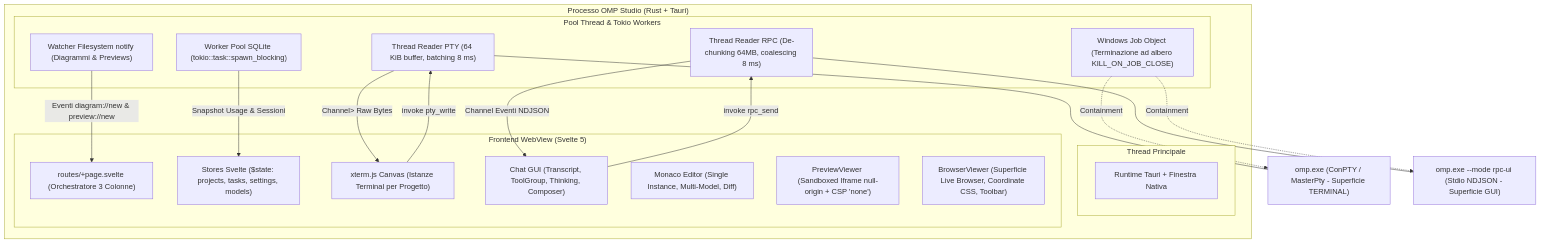
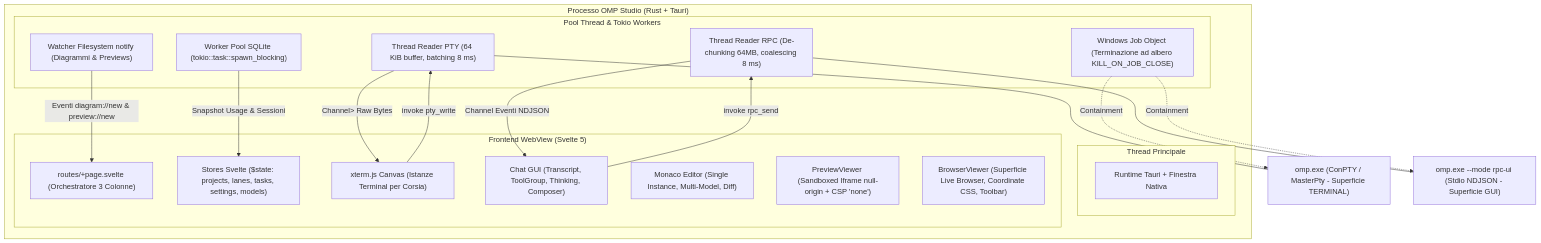
Before and after one commit to Bodyes26/OMP-Studio: the first of 2 diagrams in docs/ARCHITECTURE.md, drawn with Mermaid. The commit also changed other lines of this file and 89 other files, not shown here.

````diff
--- a/docs/ARCHITECTURE.md
+++ b/docs/ARCHITECTURE.md
@@ -43,40 +43,40 @@
 ```mermaid
 graph TB
   subgraph Processo["Processo OMP Studio (Rust + Tauri)"]
     subgraph Main["Thread Principale"]
       TAURI["Runtime Tauri + Finestra Nativa"]
     end
     subgraph Pool["Pool Thread & Tokio Workers"]
       PTY_RD["Thread Reader PTY (64 KiB buffer, batching 8 ms)"]
       RPC_RD["Thread Reader RPC (De-chunking 64MB, coalescing 8 ms)"]
       SQL_POOL["Worker Pool SQLite (tokio::task::spawn_blocking)"]
       FS_WATCH["Watcher Filesystem notify (Diagrammi & Previews)"]
       JOB_WIN["Windows Job Object (Terminazione ad albero KILL_ON_JOB_CLOSE)"]
     end
     subgraph WV["Frontend WebView (Svelte 5)"]
       PAGE["routes/+page.svelte (Orchestratore 3 Colonne)"]
-      STORES["Stores Svelte ($state: projects, tasks, settings, models)"]
-      XT["xterm.js Canvas (Istanze Terminal per Progetto)"]
+      STORES["Stores Svelte ($state: projects, lanes, tasks, settings, models)"]
+      XT["xterm.js Canvas (Istanze Terminal per Corsia)"]
       CHAT["Chat GUI (Transcript, ToolGroup, Thinking, Composer)"]
       MON["Monaco Editor (Single Instance, Multi-Model, Diff)"]
       PREV["PreviewViewer (Sandboxed Iframe null-origin + CSP 'none')"]
       BROWSER["BrowserViewer (Superficie Live Browser, Coordinate CSS, Toolbar)"]
     end
   end
 
   OMP_PTY["omp.exe (ConPTY / MasterPty - Superficie TERMINAL)"]
   OMP_RPC["omp.exe --mode rpc-ui (Stdio NDJSON - Superficie GUI)"]
 
   PTY_RD -->|"Channel<Vec<u8>> Raw Bytes"| XT
   XT -->|"invoke pty_write"| PTY_RD
   PTY_RD --- OMP_PTY
   JOB_WIN -.->|"Containment"| OMP_PTY
 
   RPC_RD -->|"Channel<String> Eventi NDJSON"| CHAT
   CHAT -->|"invoke rpc_send"| RPC_RD
   RPC_RD --- OMP_RPC
   JOB_WIN -.->|"Containment"| OMP_RPC
 
   SQL_POOL -->|"Snapshot Usage & Sessioni"| STORES
   FS_WATCH -->|"Eventi diagram://new & preview://new"| PAGE
 ```
````
